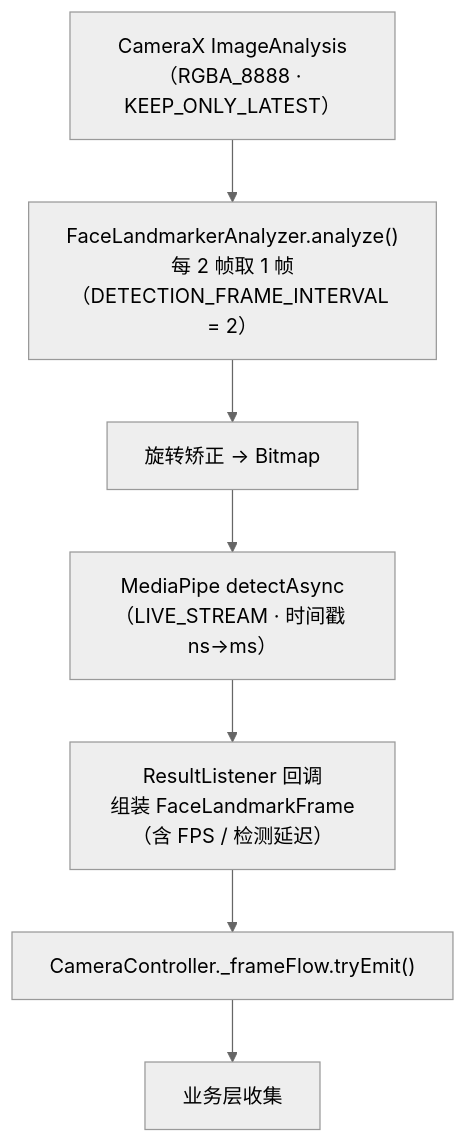
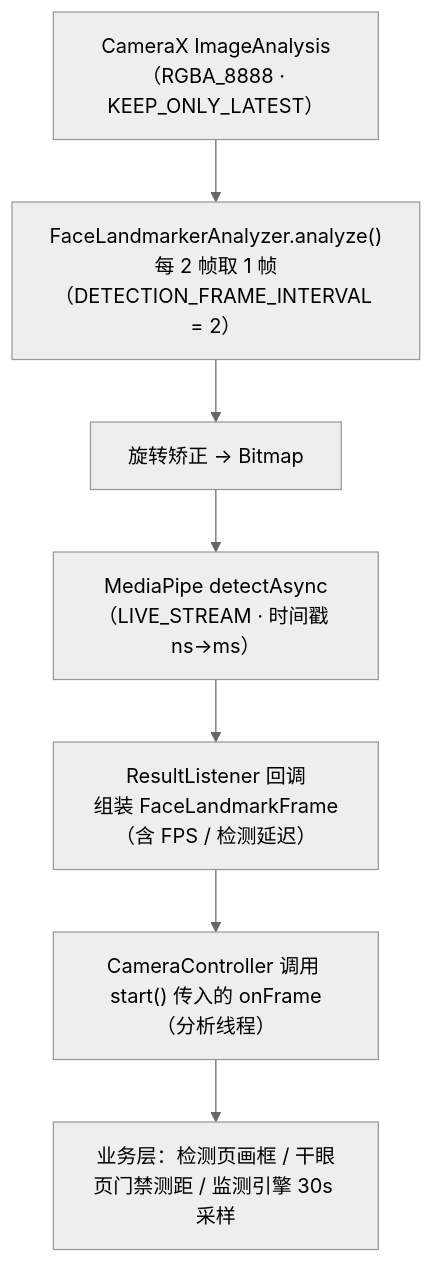
The diagram in core/camera/CAMERAX.md (Baihuaaa77/EyeProject), drawn with Mermaid (neutral theme) before and after one commit. The commit also changed other lines of this file and 133 other files, not shown here.

````diff
--- a/core/camera/CAMERAX.md
+++ b/core/camera/CAMERAX.md
@@ -21,9 +21,9 @@
 ```mermaid
 flowchart TD
     A["CameraX ImageAnalysis<br>（RGBA_8888 · KEEP_ONLY_LATEST）"] --> B["FaceLandmarkerAnalyzer.analyze()<br>每 2 帧取 1 帧（DETECTION_FRAME_INTERVAL = 2）"]
     B --> C["旋转矫正 → Bitmap"]
     C --> D["MediaPipe detectAsync<br>（LIVE_STREAM · 时间戳 ns→ms）"]
     D --> E["ResultListener 回调<br>组装 FaceLandmarkFrame（含 FPS / 检测延迟）"]
-    E --> F["CameraController._frameFlow.tryEmit()"]
-    F --> G["业务层收集"]
+    E --> F["CameraController 调用 start() 传入的 onFrame（分析线程）"]
+    F --> G["业务层：检测页画框 / 干眼页门禁测距 / 监测引擎 30s 采样"]
 ```
````
